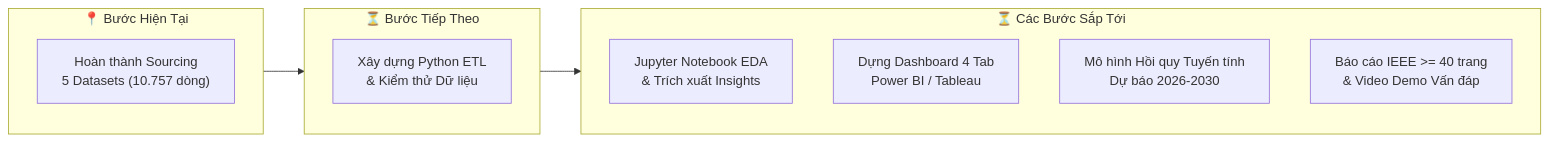
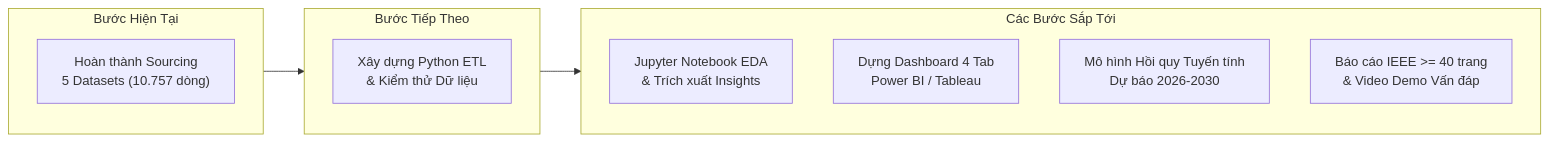
The diagram in README.md (hoangle040706/Gaming-Market-Industry-Analytics), drawn with Mermaid before and after one commit. The commit also changed other lines of this file, not shown here.

````diff
--- a/README.md
+++ b/README.md
@@ -229,19 +229,19 @@
 ```mermaid
 graph LR
-    subgraph S1["📍 Bước Hiện Tại"]
+    subgraph S1["Bước Hiện Tại"]
         D1["Hoàn thành Sourcing<br>5 Datasets (10.757 dòng)"]
     end
 
-    subgraph S2["⏳ Bước Tiếp Theo"]
+    subgraph S2["Bước Tiếp Theo"]
         D2["Xây dựng Python ETL<br>& Kiểm thử Dữ liệu"]
     end
 
-    subgraph S3["⏳ Các Bước Sắp Tới"]
+    subgraph S3["Các Bước Sắp Tới"]
         D3["Jupyter Notebook EDA<br>& Trích xuất Insights"]
         D4["Dựng Dashboard 4 Tab<br>Power BI / Tableau"]
         D5["Mô hình Hồi quy Tuyến tính<br>Dự báo 2026-2030"]
         D6["Báo cáo IEEE >= 40 trang<br>& Video Demo Vấn đáp"]
     end
 
     S1 --> S2 --> S3
 ```
````
